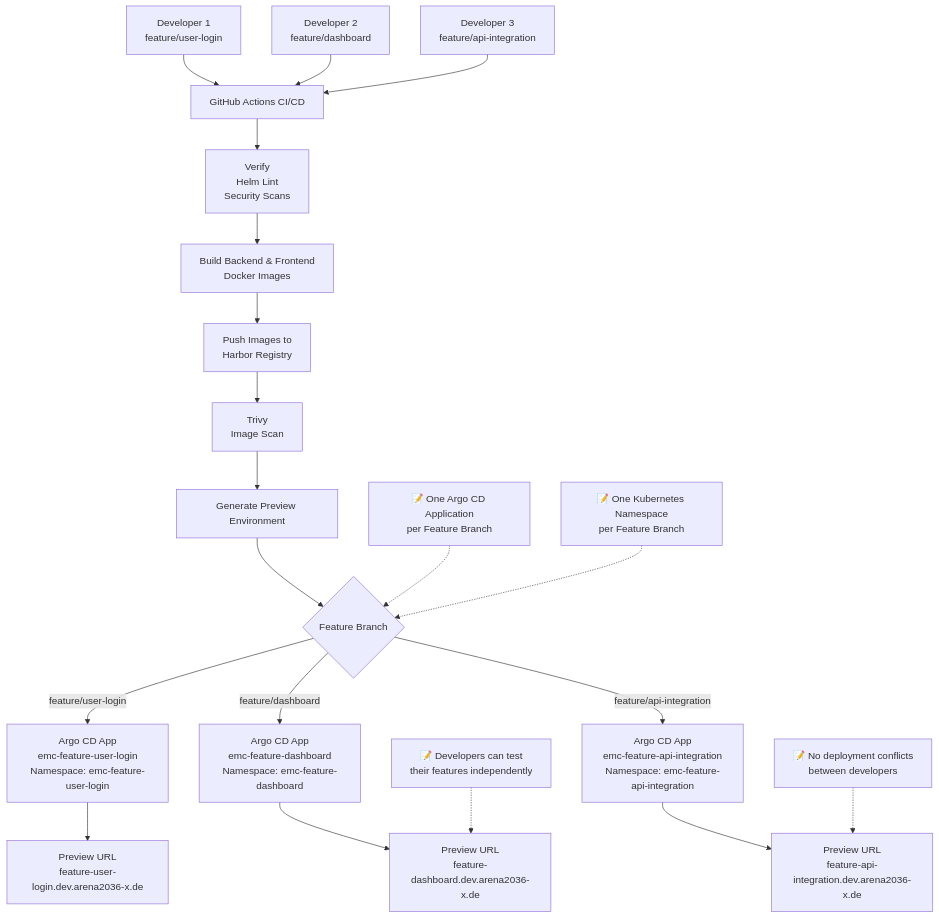
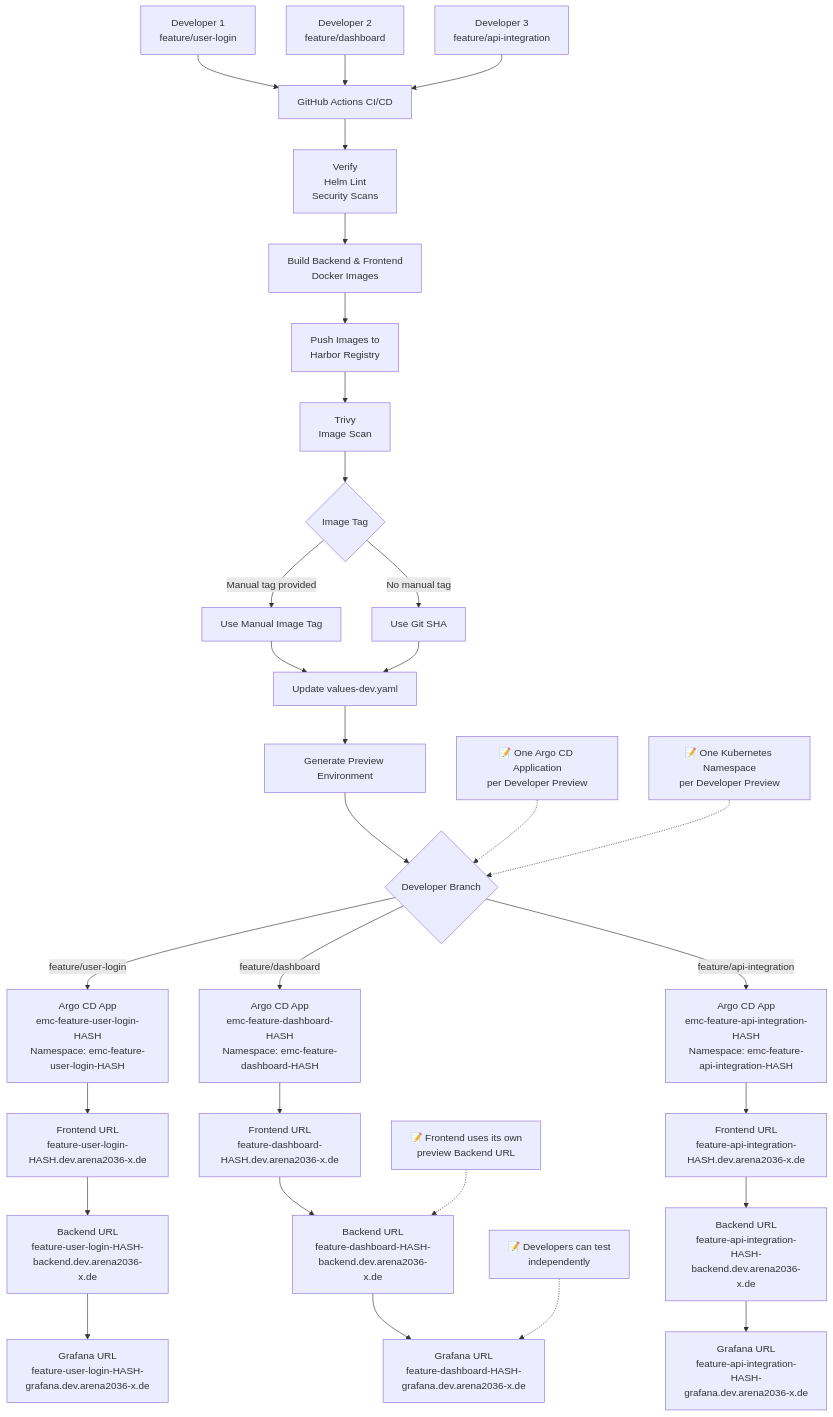
Before and after one commit to ARENA2036/edc-management-console: the diagram in docs/ci-cd/ci-cd-developer.md, drawn with Mermaid. The commit also changed other lines of this file and 6 other files, not shown here.

````diff
--- a/docs/ci-cd/ci-cd-developer.md
+++ b/docs/ci-cd/ci-cd-developer.md
@@ -3,30 +3,47 @@
 ```mermaid
 flowchart TD
 
     A[Developer 1<br/>feature/user-login] --> G[GitHub Actions CI/CD]
     B[Developer 2<br/>feature/dashboard] --> G
     C[Developer 3<br/>feature/api-integration] --> G
 
     G --> H[Verify<br/>Helm Lint<br/>Security Scans]
     H --> I[Build Backend & Frontend<br/>Docker Images]
     I --> J[Push Images to<br/>Harbor Registry]
     J --> K[Trivy<br/>Image Scan]
-    K --> L[Generate Preview Environment]
 
-    L --> M{Feature Branch}
+    K --> T{Image Tag}
 
-    M -->|feature/user-login| M1[Argo CD App<br/>emc-feature-user-login<br/>Namespace: emc-feature-user-login]
+    T -->|Manual tag provided| T1[Use Manual Image Tag]
+    T -->|No manual tag| T2[Use Git SHA]
 
-    M -->|feature/dashboard| M2[Argo CD App<br/>emc-feature-dashboard<br/>Namespace: emc-feature-dashboard]
+    T1 --> U[Update values-dev.yaml]
+    T2 --> U
 
-    M -->|feature/api-integration| M3[Argo CD App<br/>emc-feature-api-integration<br/>Namespace: emc-feature-api-integration]
+    U --> L[Generate Preview Environment]
 
-    M1 --> N1[Preview URL<br/>feature-user-login.dev.arena2036-x.de]
-    M2 --> N2[Preview URL<br/>feature-dashboard.dev.arena2036-x.de]
-    M3 --> N3[Preview URL<br/>feature-api-integration.dev.arena2036-x.de]
+    L --> M{Developer Branch}
 
-    X["📝 One Argo CD Application<br/>per Feature Branch"] -.-> M
-    Y["📝 One Kubernetes Namespace<br/>per Feature Branch"] -.-> M
-    Z["📝 Developers can test<br/>their features independently"] -.-> N2
-    AA["📝 No deployment conflicts<br/>between developers"] -.-> N3
+    M -->|feature/user-login| M1[Argo CD App<br/>emc-feature-user-login-HASH<br/>Namespace: emc-feature-user-login-HASH]
+
+    M -->|feature/dashboard| M2[Argo CD App<br/>emc-feature-dashboard-HASH<br/>Namespace: emc-feature-dashboard-HASH]
+
+    M -->|feature/api-integration| M3[Argo CD App<br/>emc-feature-api-integration-HASH<br/>Namespace: emc-feature-api-integration-HASH]
+
+    M1 --> N1[Frontend URL<br/>feature-user-login-HASH.dev.arena2036-x.de]
+    M2 --> N2[Frontend URL<br/>feature-dashboard-HASH.dev.arena2036-x.de]
+    M3 --> N3[Frontend URL<br/>feature-api-integration-HASH.dev.arena2036-x.de]
+
+    N1 --> P1[Backend URL<br/>feature-user-login-HASH-backend.dev.arena2036-x.de]
+    N2 --> P2[Backend URL<br/>feature-dashboard-HASH-backend.dev.arena2036-x.de]
+    N3 --> P3[Backend URL<br/>feature-api-integration-HASH-backend.dev.arena2036-x.de]
+
+    P1 --> O1[Grafana URL<br/>feature-user-login-HASH-grafana.dev.arena2036-x.de]
+    P2 --> O2[Grafana URL<br/>feature-dashboard-HASH-grafana.dev.arena2036-x.de]
+    P3 --> O3[Grafana URL<br/>feature-api-integration-HASH-grafana.dev.arena2036-x.de]
+
+    X["📝 One Argo CD Application<br/>per Developer Preview"] -.-> M
+    Y["📝 One Kubernetes Namespace<br/>per Developer Preview"] -.-> M
+    Z["📝 Frontend uses its own<br/>preview Backend URL"] -.-> P2
+    AA["📝 Developers can test<br/>independently"] -.-> O2
 ```
````
